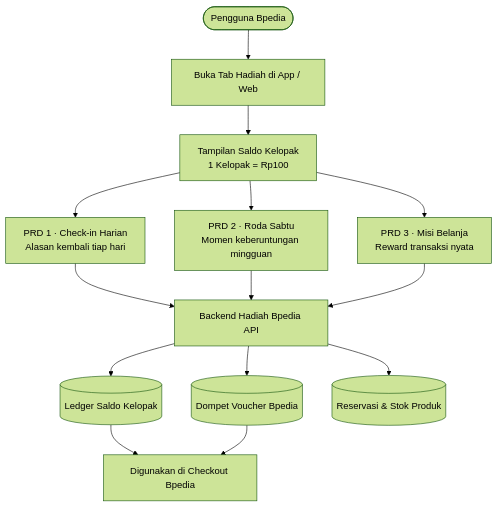
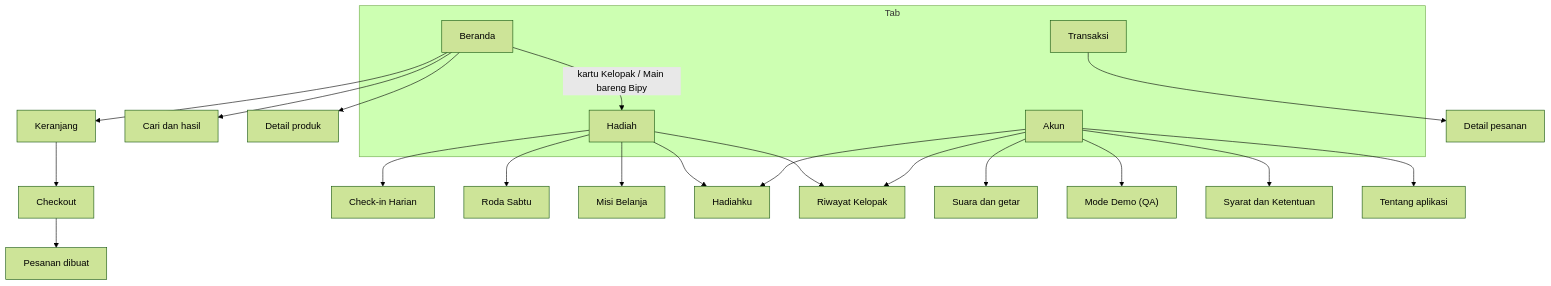
Before and after one commit to yusufmuh/bpedia-kelopak-hub: the first of 7 diagrams in GAMBARAN.md, drawn with Mermaid (forest theme). The commit also changed other lines of this file and 312 other files, not shown here.

First line of the commit message:
feat: Bpedia Demo v2.0.0 — app belanja clean-room + 3 game Kelopak

````diff
--- a/GAMBARAN.md
+++ b/GAMBARAN.md
@@ -13,20 +13,26 @@
 ```mermaid
 flowchart TD
-    User([Pengguna Bpedia]) --> Entry[Buka Tab Hadiah di App / Web]
-    Entry --> Wallet[Tampilan Saldo Kelopak\n1 Kelopak = Rp100]
-    
-    Wallet --> Mod1[PRD 1 · Check-in Harian\nAlasan kembali tiap hari]
-    Wallet --> Mod2[PRD 2 · Roda Sabtu\nMomen keberuntungan mingguan]
-    Wallet --> Mod3[PRD 3 · Misi Belanja\nReward transaksi nyata]
-    
-    Mod1 --> StateServer[Backend Hadiah Bpedia API]
-    Mod2 --> StateServer
-    Mod3 --> StateServer
-    
-    StateServer --> Ledger[(Ledger Saldo Kelopak)]
-    StateServer --> VoucherStore[(Dompet Voucher Bpedia)]
-    StateServer --> ProductClaim[(Reservasi & Stok Produk)]
-    
-    Ledger --> Checkout[Digunakan di Checkout Bpedia]
-    VoucherStore --> Checkout
+  subgraph Tab
+    B[Beranda]
+    H[Hadiah]
+    T[Transaksi]
+    A[Akun]
+  end
+  B --> CARI[Cari dan hasil]
+  B --> PROD[Detail produk]
+  B --> KER[Keranjang]
+  KER --> CO[Checkout] --> OK[Pesanan dibuat]
+  B -->|kartu Kelopak / Main bareng Bipy| H
+  H --> CI[Check-in Harian]
+  H --> RS[Roda Sabtu]
+  H --> MB[Misi Belanja]
+  H --> HK[Hadiahku]
+  H --> RK[Riwayat Kelopak]
+  T --> DET[Detail pesanan]
+  A --> HK
+  A --> RK
+  A --> SG[Suara dan getar]
+  A --> QA["Mode Demo (QA)"]
+  A --> SK[Syarat dan Ketentuan]
+  A --> TT[Tentang aplikasi]
 ```
````
